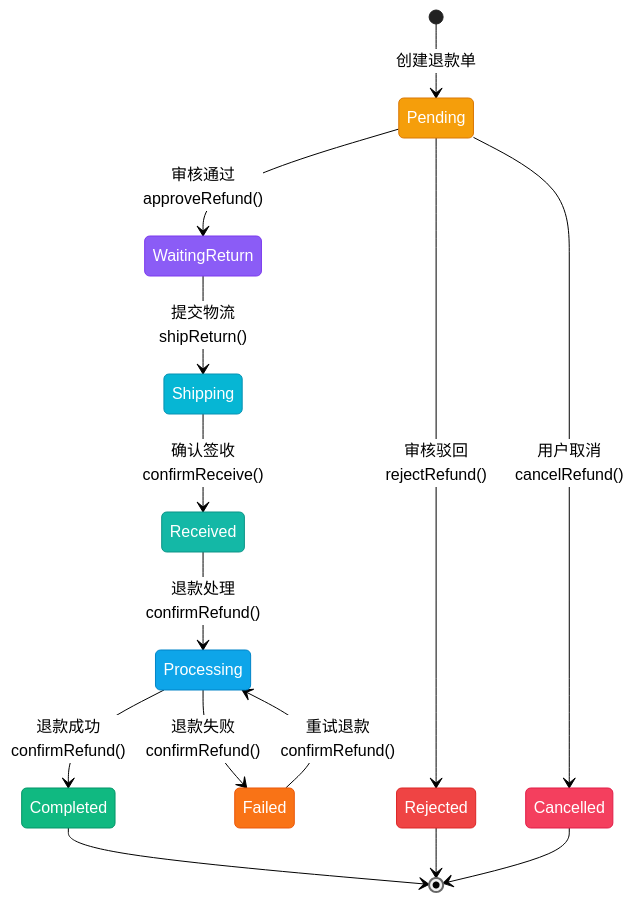
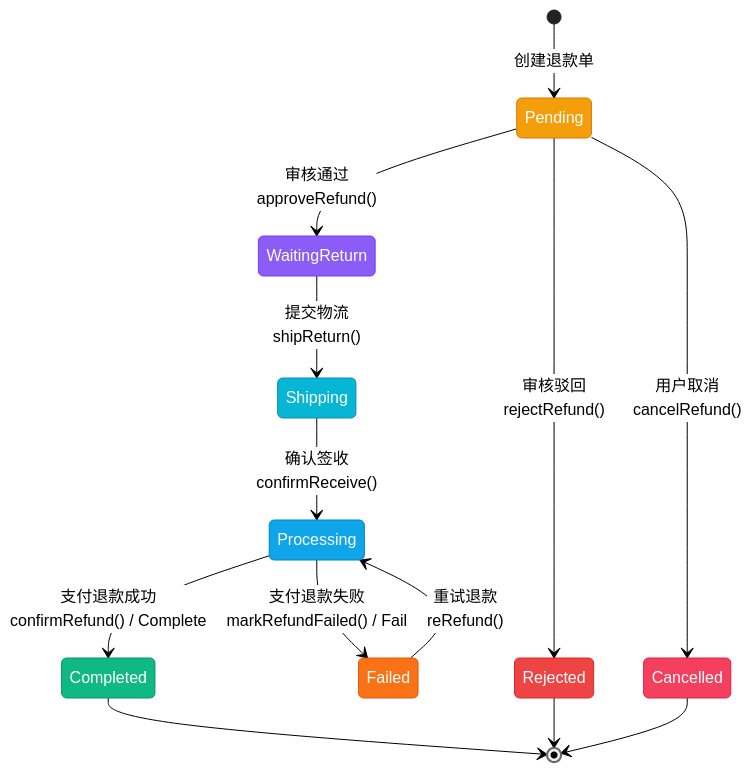
One commit to jasonencode/saas changed the second of 5 diagrams in docs/flows/refund-status.md. Above: the diagram before and after it, drawn with Mermaid (neutral theme). The commit also changed other lines of this file and 6 other files, not shown here.

````diff
--- a/docs/flows/refund-status.md
+++ b/docs/flows/refund-status.md
@@ -65,43 +65,41 @@
 ```mermaid
 stateDiagram-v2
     [*] --> Pending : 创建退款单
     
     Pending --> WaitingReturn : 审核通过<br/>approveRefund()
     Pending --> Rejected : 审核驳回<br/>rejectRefund()
     Pending --> Cancelled : 用户取消<br/>cancelRefund()
     
     WaitingReturn --> Shipping : 提交物流<br/>shipReturn()
     
-    Shipping --> Received : 确认签收<br/>confirmReceive()
+    Shipping --> Processing : 确认签收<br/>confirmReceive()
     
-    Received --> Processing : 退款处理<br/>confirmRefund()
+    Processing --> Completed : 支付退款成功<br/>confirmRefund() / Complete
+    Processing --> Failed : 支付退款失败<br/>markRefundFailed() / Fail
     
-    Processing --> Completed : 退款成功<br/>confirmRefund()
-    Processing --> Failed : 退款失败<br/>confirmRefund()
-    
-    Failed --> Processing : 重试退款<br/>confirmRefund()
+    Failed --> Processing : 重试退款<br/>reRefund()
     
     Completed --> [*]
     Rejected --> [*]
     Cancelled --> [*]
     
     classDef pending fill:#f59e0b,stroke:#d97706,color:white
     classDef waitingReturn fill:#8b5cf6,stroke:#7c3aed,color:white
     classDef shipping fill:#06b6d4,stroke:#0891b2,color:white
     classDef received fill:#14b8a6,stroke:#0d9488,color:white
     classDef processing fill:#0ea5e9,stroke:#0284c7,color:white
     classDef completed fill:#10b981,stroke:#059669,color:white
     classDef rejected fill:#ef4444,stroke:#dc2626,color:white
     classDef cancelled fill:#f43f5e,stroke:#e11d48,color:white
     classDef failed fill:#f97316,stroke:#ea580c,color:white
     
     class Pending pending
     class WaitingReturn waitingReturn
     class Shipping shipping
     class Received received
     class Processing processing
     class Completed completed
     class Rejected rejected
     class Cancelled cancelled
     class Failed failed
 ```
````
